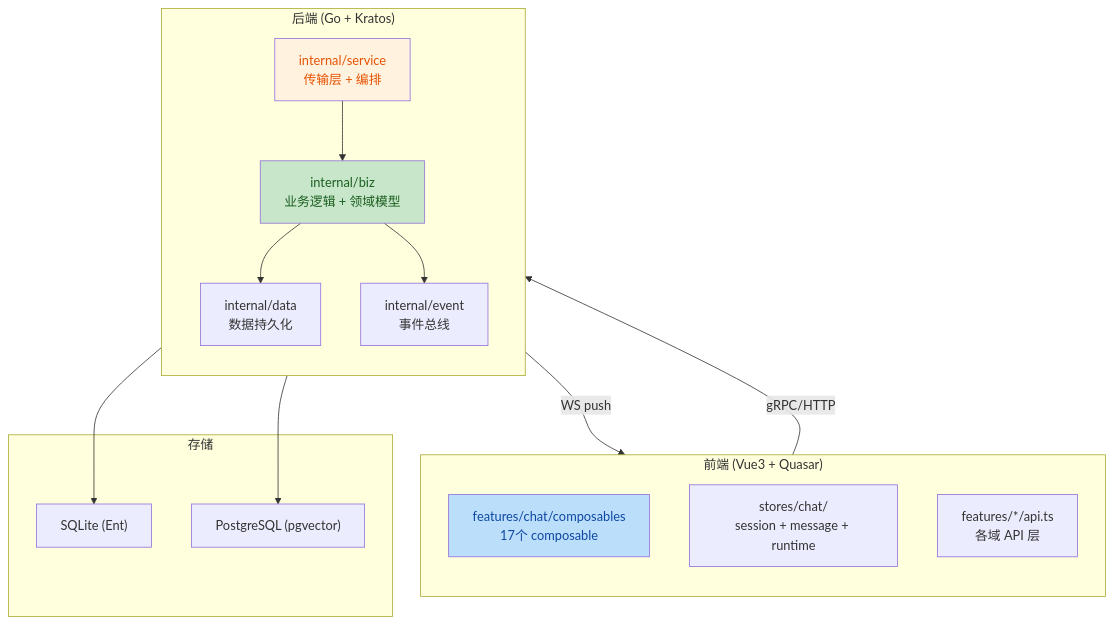
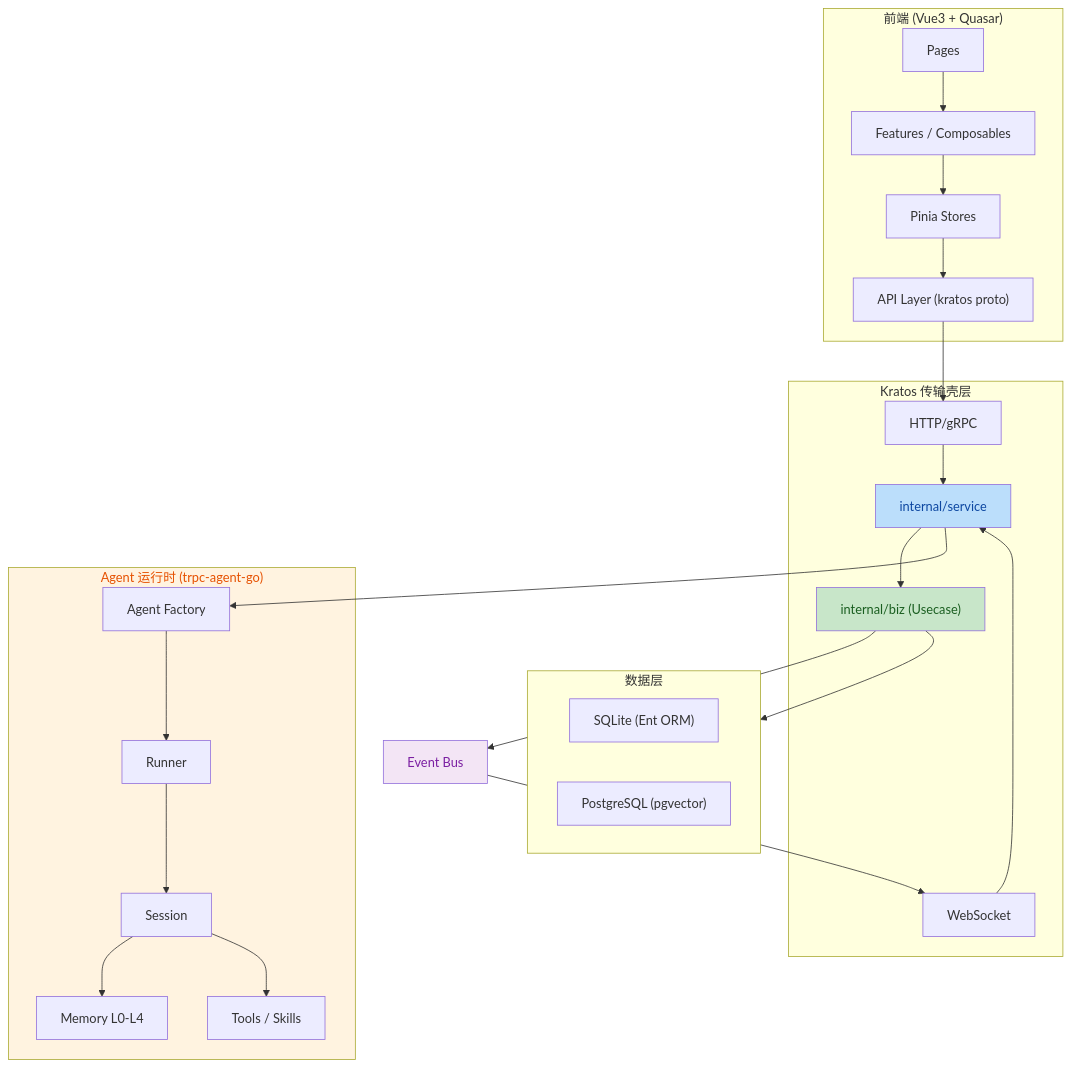
One commit to AmarsDing/aranea-agents changed the first of 9 diagrams in docs/review/full-project-review.md. Above: the diagram before and after it, drawn with Mermaid. The commit also changed other lines of this file and 270 other files, not shown here.

````diff
--- a/docs/review/full-project-review.md
+++ b/docs/review/full-project-review.md
@@ -10,34 +26,37 @@
 ```mermaid
 flowchart TB
-    subgraph Frontend["前端 (Vue3 + Quasar)"]
-        direction TB
-        F_Composables["features/chat/composables<br/>17个 composable"]
-        F_Stores["stores/chat/<br/>session + message + runtime"]
-        F_Api["features/*/api.ts<br/>各域 API 层"]
+    subgraph Client["前端 (Vue3 + Quasar)"]
+        Pages["Pages"] --> Features["Features / Composables"]
+        Features --> Stores["Pinia Stores"]
+        Stores --> API["API Layer (kratos proto)"]
     end
 
-    subgraph Backend["后端 (Go + Kratos)"]
-        direction TB
-        S_Service["internal/service<br/>传输层 + 编排"]
-        B_Biz["internal/biz<br/>业务逻辑 + 领域模型"]
-        D_Data["internal/data<br/>数据持久化"]
-        E_Event["internal/event<br/>事件总线"]
+    subgraph Kratos["Kratos 传输壳层"]
+        HTTP["HTTP/gRPC"] --> Service["internal/service"]
+        WS["WebSocket"] --> Service
+        Service --> Biz["internal/biz (Usecase)"]
     end
 
-    subgraph Storage["存储"]
-        SQLite["SQLite (Ent)"]
+    subgraph Runtime["Agent 运行时 (trpc-agent-go)"]
+        Agent["Agent Factory"] --> Runner["Runner"]
+        Runner --> Session["Session"]
+        Session --> Memory["Memory L0-L4"]
+        Session --> Tools["Tools / Skills"]
+    end
+
+    subgraph Data["数据层"]
+        SQLite["SQLite (Ent ORM)"]
         PG["PostgreSQL (pgvector)"]
     end
 
-    F_Api -->|gRPC/HTTP| S_Service
-    S_Service --> B_Biz
-    B_Biz --> D_Data
-    D_Data --> SQLite
-    D_Data --> PG
-    B_Biz --> E_Event
-    E_Event -->|WS push| F_Composables
+    API --> HTTP
+    Biz --> Data
+    Service --> Agent
+    Biz --> EventBus["Event Bus"]
+    EventBus --> WS
 
-    style F_Composables fill:#bbdefb,color:#0d47a1
-    style B_Biz fill:#c8e6c9,color:#1a5e20
-    style S_Service fill:#fff3e0,color:#e65100
+    style Biz fill:#c8e6c9,color:#1a5e20
+    style Service fill:#bbdefb,color:#0d47a1
+    style Runtime fill:#fff3e0,color:#e65100
+    style EventBus fill:#f3e5f5,color:#7b1fa2
 ```
````
